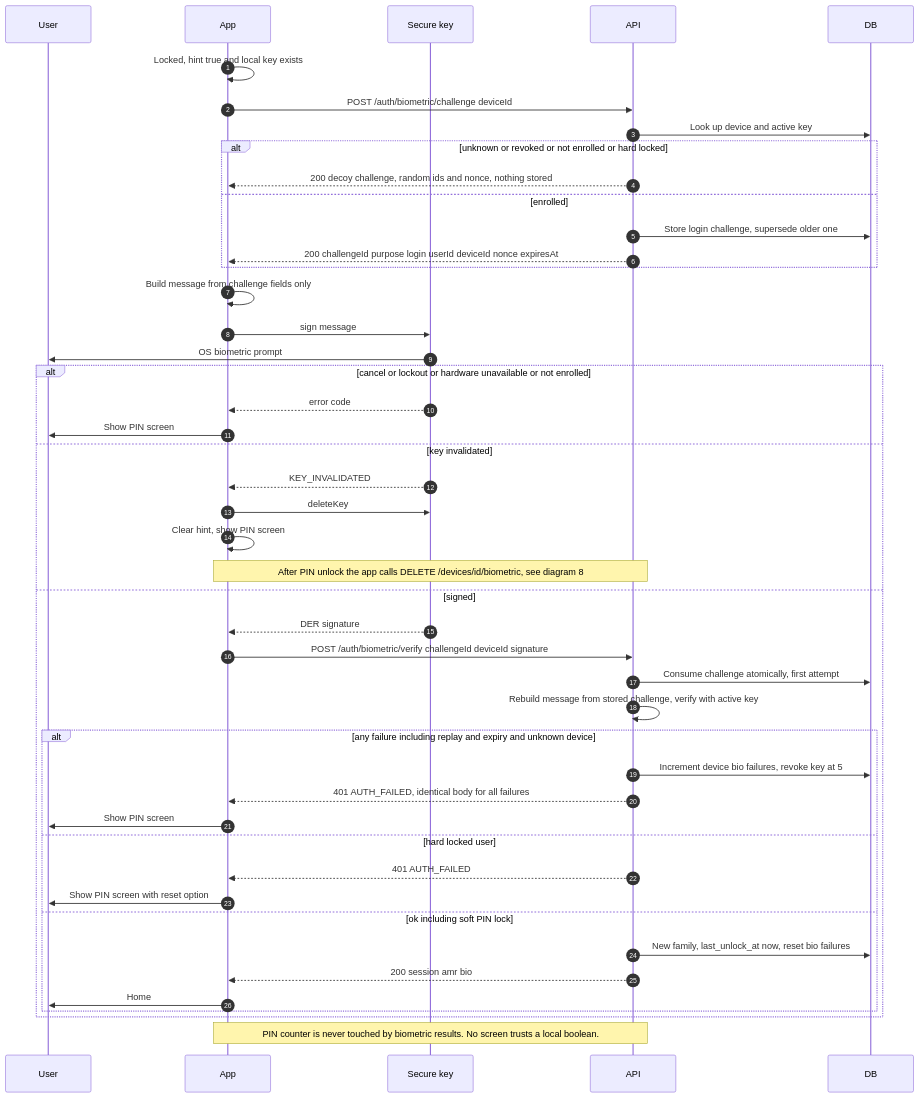
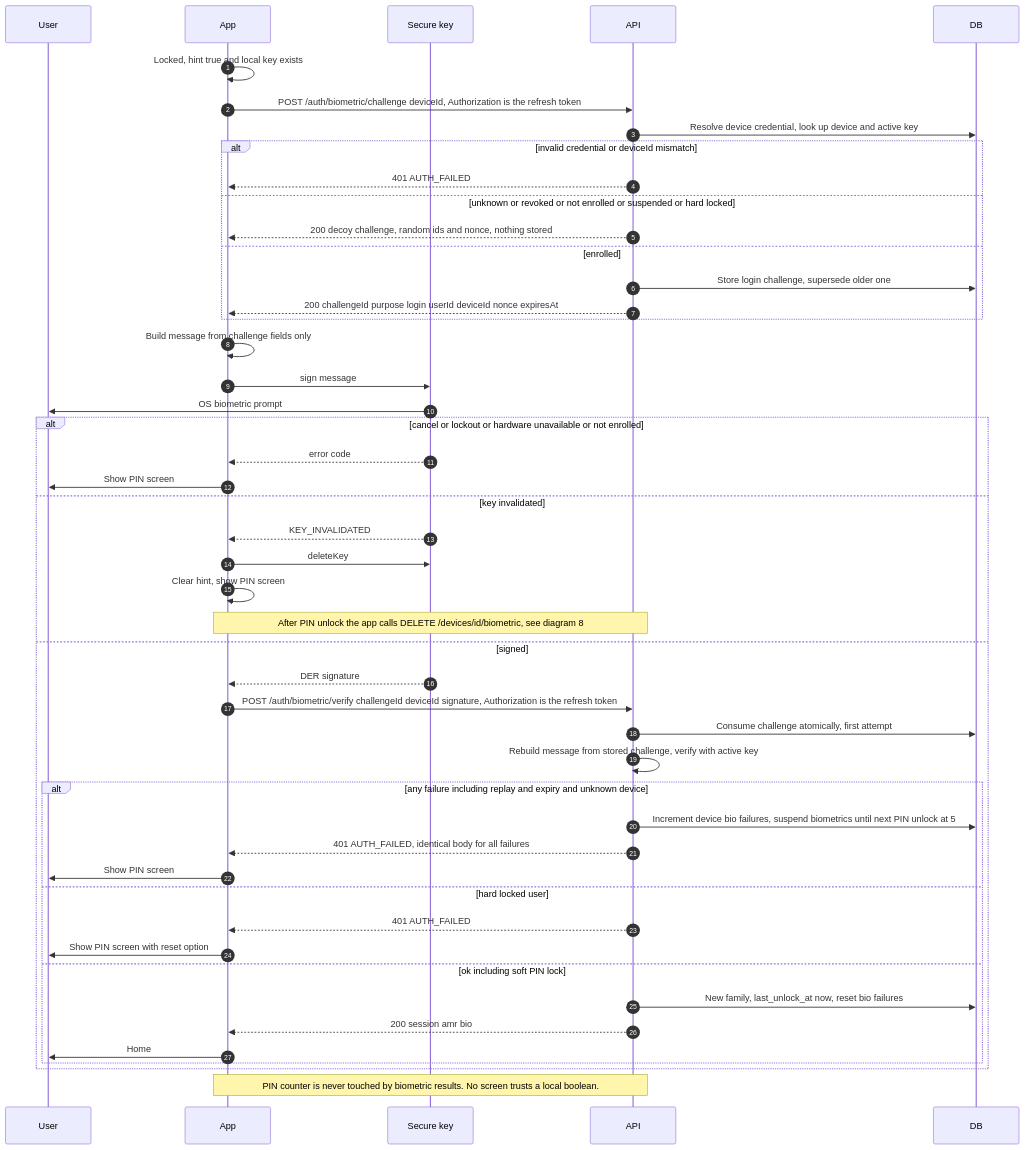
Before and after one commit to robbywh/biometrics-pin-mechanism: the fourth of 9 diagrams in docs/features/biometric-pin-login/sequence-diagrams.md, drawn with Mermaid. The commit also changed 59 other files, not shown here.

````diff
--- a/docs/features/biometric-pin-login/sequence-diagrams.md
+++ b/docs/features/biometric-pin-login/sequence-diagrams.md
@@ -154,48 +154,50 @@
 ```mermaid
 sequenceDiagram
     autonumber
     participant U as User
     participant A as App
     participant K as Secure key
     participant S as API
     participant D as DB
     A->>A: Locked, hint true and local key exists
-    A->>S: POST /auth/biometric/challenge deviceId
-    S->>D: Look up device and active key
-    alt unknown or revoked or not enrolled or hard locked
+    A->>S: POST /auth/biometric/challenge deviceId, Authorization is the refresh token
+    S->>D: Resolve device credential, look up device and active key
+    alt invalid credential or deviceId mismatch
+        S-->>A: 401 AUTH_FAILED
+    else unknown or revoked or not enrolled or suspended or hard locked
         S-->>A: 200 decoy challenge, random ids and nonce, nothing stored
     else enrolled
         S->>D: Store login challenge, supersede older one
         S-->>A: 200 challengeId purpose login userId deviceId nonce expiresAt
     end
     A->>A: Build message from challenge fields only
     A->>K: sign message
     K->>U: OS biometric prompt
     alt cancel or lockout or hardware unavailable or not enrolled
         K-->>A: error code
         A->>U: Show PIN screen
     else key invalidated
         K-->>A: KEY_INVALIDATED
         A->>K: deleteKey
         A->>A: Clear hint, show PIN screen
         Note over A,S: After PIN unlock the app calls DELETE /devices/id/biometric, see diagram 8
     else signed
         K-->>A: DER signature
-        A->>S: POST /auth/biometric/verify challengeId deviceId signature
+        A->>S: POST /auth/biometric/verify challengeId deviceId signature, Authorization is the refresh token
         S->>D: Consume challenge atomically, first attempt
         S->>S: Rebuild message from stored challenge, verify with active key
         alt any failure including replay and expiry and unknown device
-            S->>D: Increment device bio failures, revoke key at 5
+            S->>D: Increment device bio failures, suspend biometrics until next PIN unlock at 5
             S-->>A: 401 AUTH_FAILED, identical body for all failures
             A->>U: Show PIN screen
         else hard locked user
             S-->>A: 401 AUTH_FAILED
             A->>U: Show PIN screen with reset option
         else ok including soft PIN lock
             S->>D: New family, last_unlock_at now, reset bio failures
             S-->>A: 200 session amr bio
             A->>U: Home
         end
     end
     Note over A,S: PIN counter is never touched by biometric results. No screen trusts a local boolean.
 ```
````
